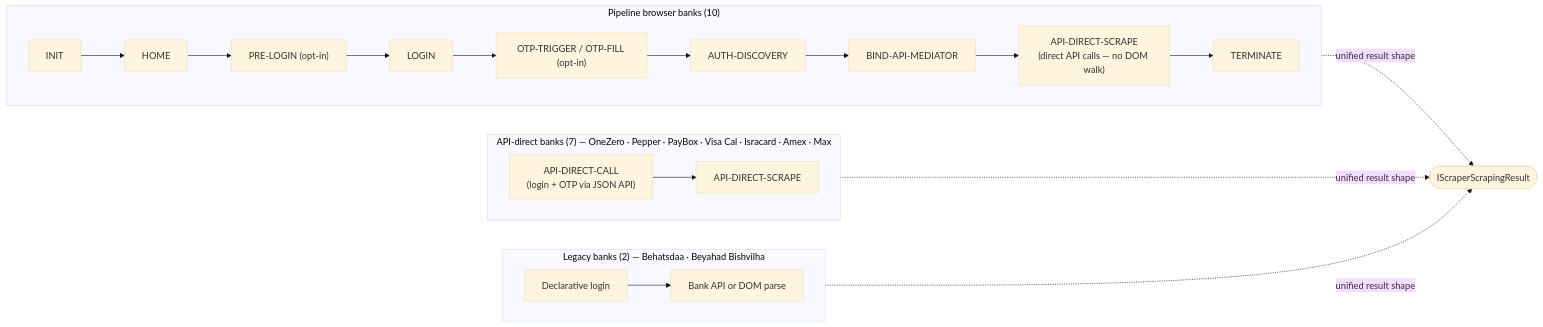
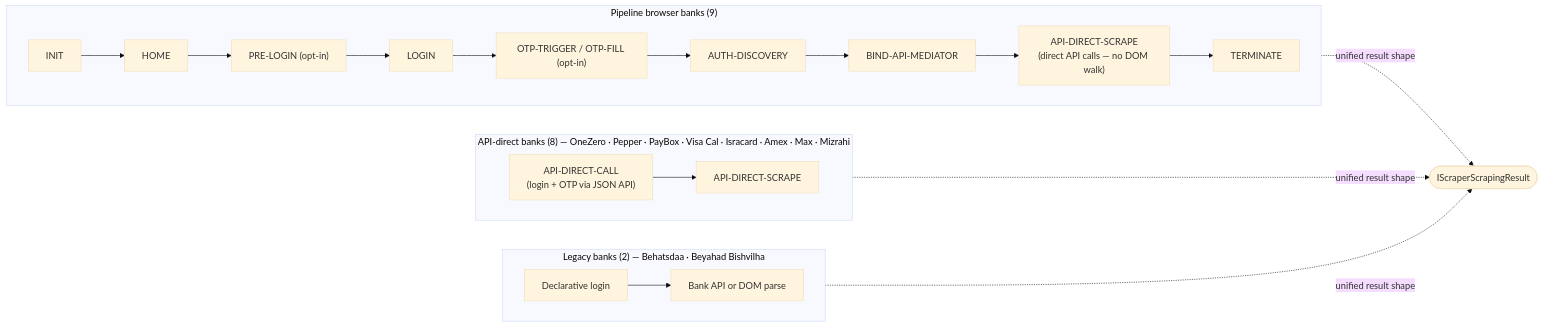
One commit to sergienko4/israeli-bank-scrapers changed the diagram in README.md. Above: the diagram before and after it, drawn with Mermaid (base theme). The commit also changed other lines of this file and 93 other files, not shown here.

````diff
--- a/README.md
+++ b/README.md
@@ -386,27 +387,27 @@
 ```mermaid
 flowchart LR
-    subgraph BB["Pipeline browser banks (10)"]
+    subgraph BB["Pipeline browser banks (9)"]
       direction LR
       INIT --> HOME --> PRELOGIN["PRE-LOGIN (opt-in)"]
       PRELOGIN --> LOGIN
       LOGIN --> OTP["OTP-TRIGGER / OTP-FILL (opt-in)"]
       OTP --> AUTH["AUTH-DISCOVERY"]
       AUTH --> BIND["BIND-API-MEDIATOR"]
       BIND --> SCRAPE["API-DIRECT-SCRAPE<br/>(direct API calls — no DOM walk)"]
       SCRAPE --> TERM["TERMINATE"]
     end
 
-    subgraph API["API-direct banks (7) — OneZero · Pepper · PayBox · Visa Cal · Isracard · Amex · Max"]
+    subgraph API["API-direct banks (8) — OneZero · Pepper · PayBox · Visa Cal · Isracard · Amex · Max · Mizrahi"]
       direction LR
       CALL["API-DIRECT-CALL<br/>(login + OTP via JSON API)"] --> SCR["API-DIRECT-SCRAPE"]
     end
 
     subgraph LEG["Legacy banks (2) — Behatsdaa · Beyahad Bishvilha"]
       direction LR
       LLOGIN["Declarative login"] --> LFETCH["Bank API or DOM parse"]
     end
 
     BB -.->|"unified result shape"| RESULT(["IScraperScrapingResult"])
     API -.->|"unified result shape"| RESULT
     LEG -.->|"unified result shape"| RESULT
 ```
````
